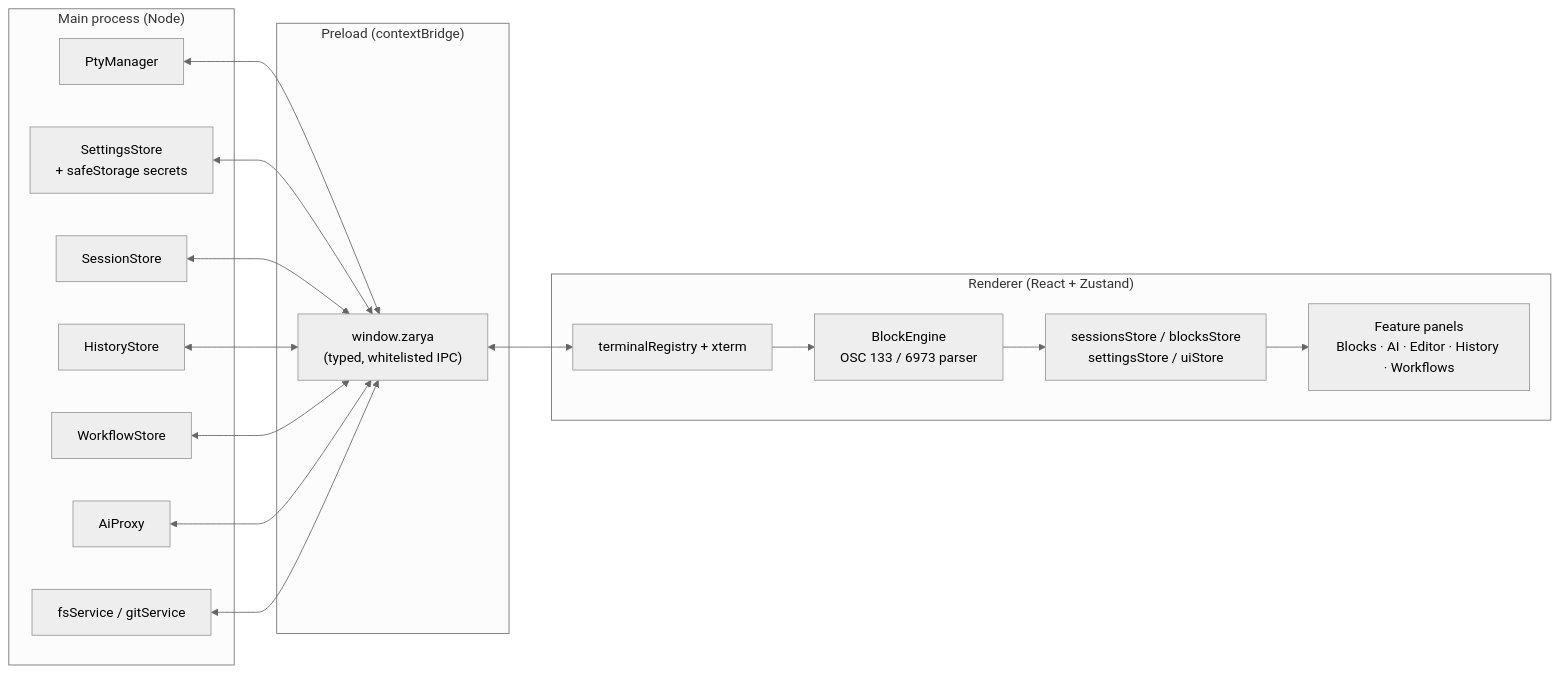
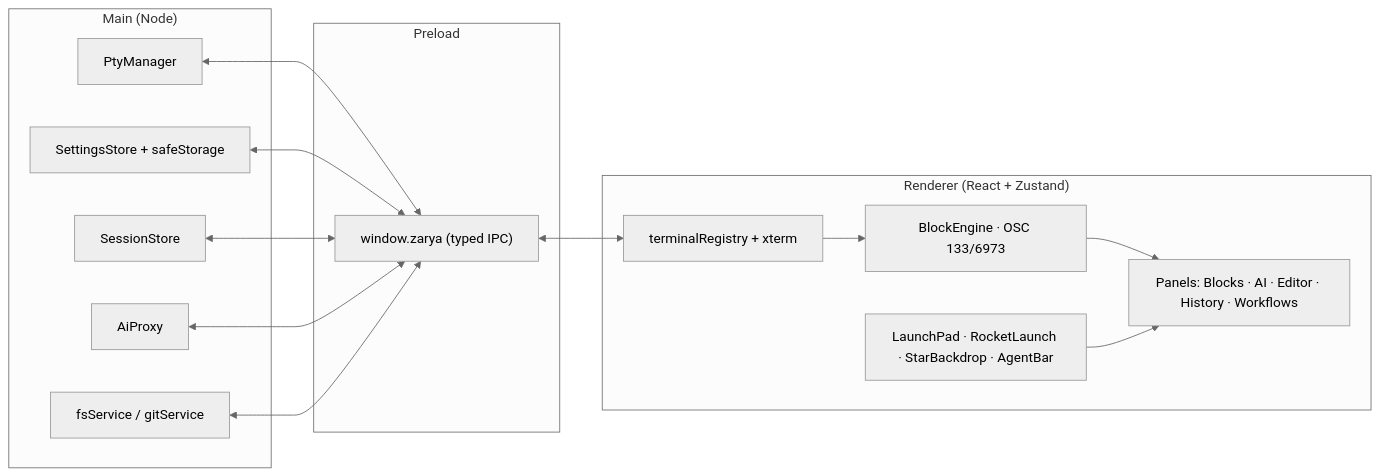
The diagram in README.md (gorka2354/zarya-terminal), drawn with Mermaid (neutral theme) before and after one commit. The commit also changed other lines of this file and 20 other files, not shown here.

First line of the commit message:
feat(v2): agent bar, launch-pad wiring, 1:1 design pass + README/docs

````diff
--- a/README.md
+++ b/README.md
@@ -166,35 +176,27 @@
 ```mermaid
 flowchart LR
-    subgraph Main["Main process (Node)"]
+    subgraph Main["Main (Node)"]
         PTY[PtyManager]
-        SET[SettingsStore\n+ safeStorage secrets]
+        SET[SettingsStore + safeStorage]
         SESS[SessionStore]
-        HIST[HistoryStore]
-        WF[WorkflowStore]
         AI[AiProxy]
         FS[fsService / gitService]
     end
-
-    subgraph Bridge["Preload (contextBridge)"]
-        API["window.zarya\n(typed, whitelisted IPC)"]
+    subgraph Bridge["Preload"]
+        API["window.zarya (typed IPC)"]
     end
-
     subgraph Renderer["Renderer (React + Zustand)"]
         TERM[terminalRegistry + xterm]
-        BE[BlockEngine\nOSC 133 / 6973 parser]
-        STORES[sessionsStore / blocksStore\nsettingsStore / uiStore]
-        FEAT[Feature panels\nBlocks · AI · Editor · History · Workflows]
+        BE[BlockEngine · OSC 133/6973]
+        UI[LaunchPad · RocketLaunch · StarBackdrop · AgentBar]
+        FEAT[Panels: Blocks · AI · Editor · History · Workflows]
     end
-
     PTY <--> API
     SET <--> API
     SESS <--> API
-    HIST <--> API
-    WF <--> API
     AI <--> API
     FS <--> API
     API <--> TERM
-    TERM --> BE
-    BE --> STORES
-    STORES --> FEAT
+    TERM --> BE --> FEAT
+    UI --> FEAT
 ```
````
